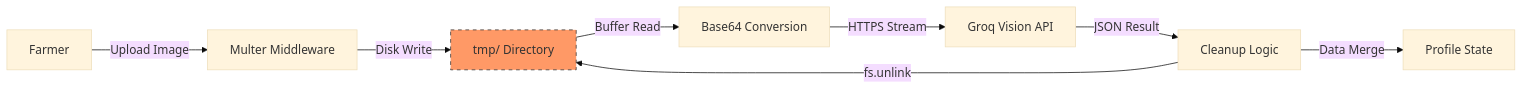
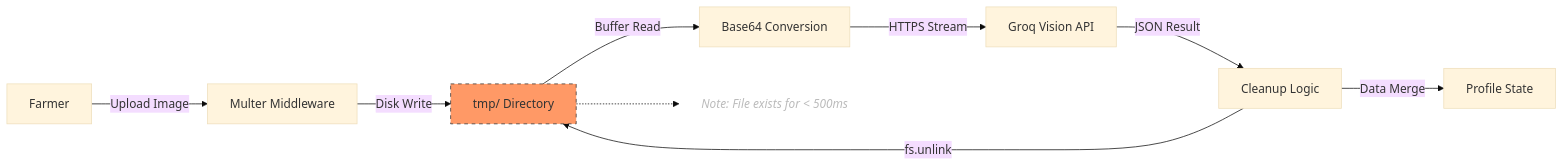
One commit to abhay-patil-cse27/agri-scheme-eligibility-rag changed the fourth of 5 diagrams in docs/ARCHITECTURE.md. Above: the diagram before and after it, drawn with Mermaid (base theme). The commit also changed 8 other files, not shown here.

Commit message:
Refined eligibility logic: balanced 12 parameters, added farmer confirmation, and dynamic sub-regions. Fixed documentation and mermaid syntax.

````diff
--- a/docs/ARCHITECTURE.md
+++ b/docs/ARCHITECTURE.md
@@ -271,12 +271,14 @@
 ```mermaid
 graph LR
     U[Farmer] -- "Upload Image" --> M[Multer Middleware]
     M -- "Disk Write" --> T[tmp/ Directory]
     T -- "Buffer Read" --> B[Base64 Conversion]
     B -- "HTTPS Stream" --> G[Groq Vision API]
     G -- "JSON Result" --> L[Cleanup Logic]
     L -- "fs.unlink" --> T
     L -- "Data Merge" --> P[Profile State]
     
     style T fill:#f96,stroke:#333,stroke-dasharray: 5 5
+    T -.-> N["Note: File exists for < 500ms"]
+    style N fill:none,stroke:none,color:#bbb,font-style:italic
 ```
````
